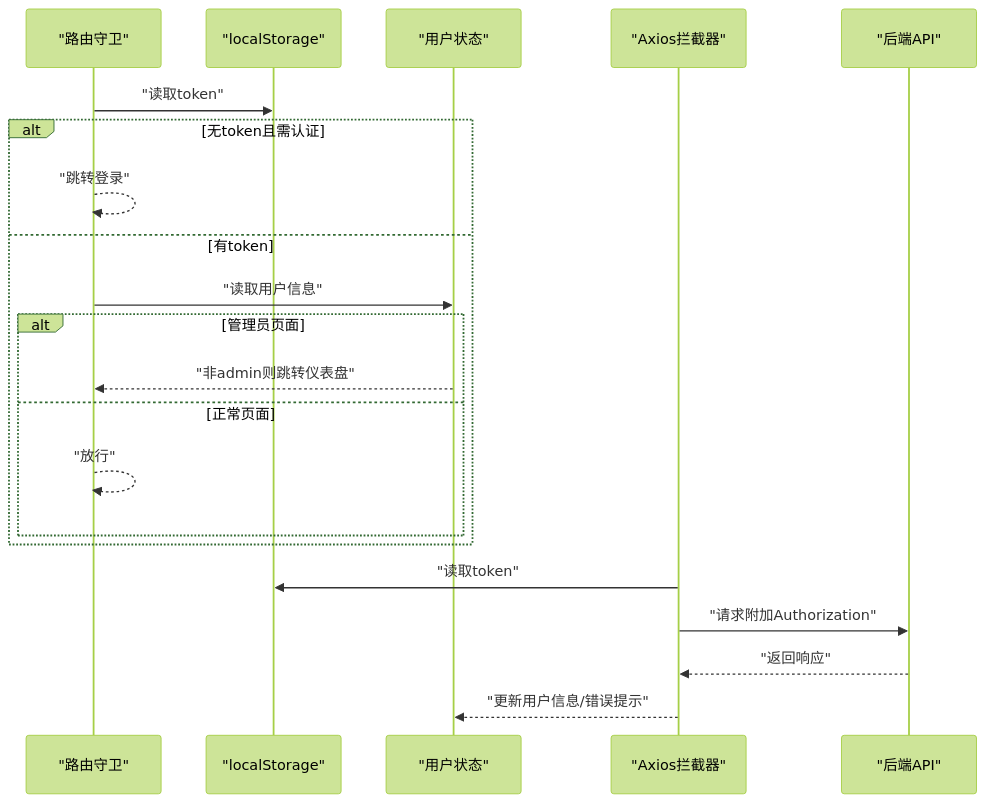
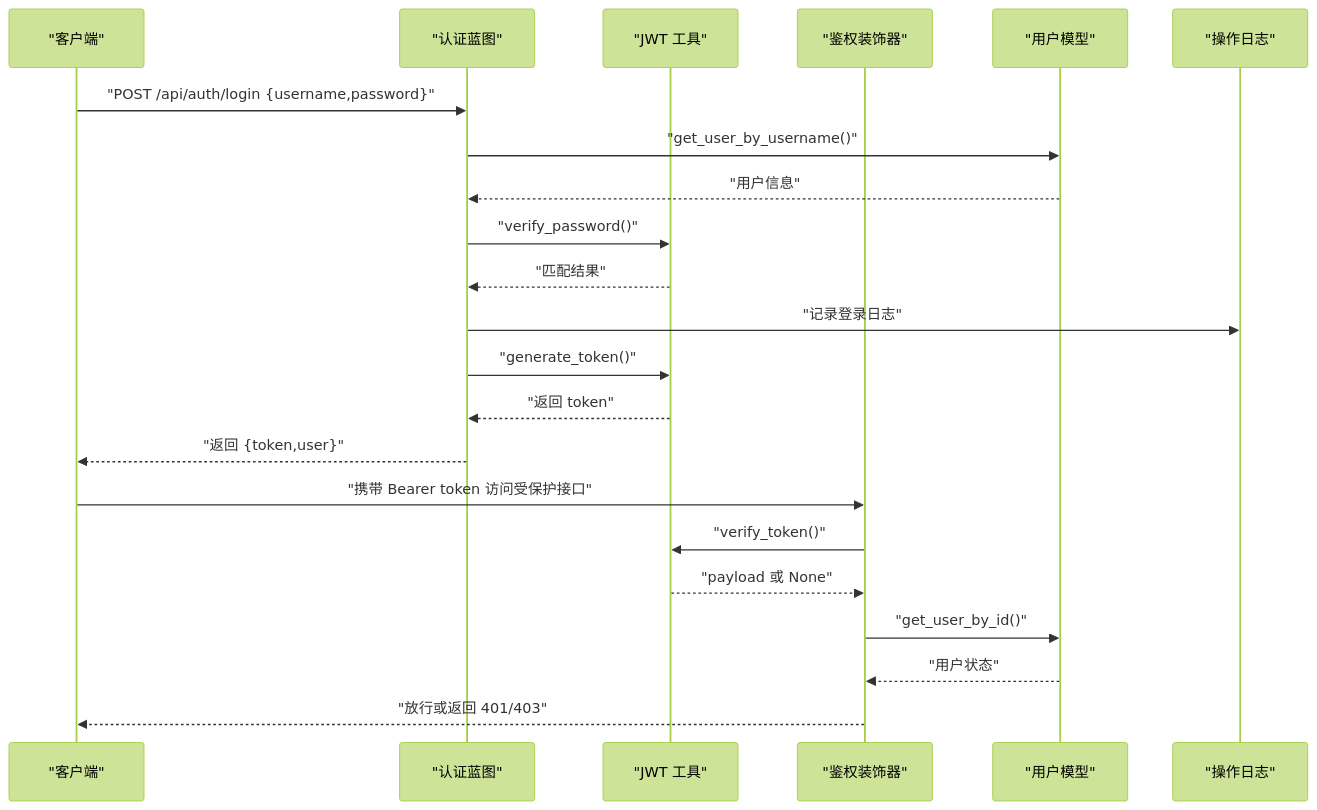
The fourth of 8 diagrams in .qoder/repowiki/zh/content/开发指南/开发指南.md (ismine3/OPS), drawn with Mermaid (forest theme) before and after one commit. The commit also changed other lines of this file and 157 other files, not shown here.

````diff
--- a/.qoder/repowiki/zh/content/开发指南/开发指南.md
+++ b/.qoder/repowiki/zh/content/开发指南/开发指南.md
@@ -273,23 +174,24 @@
 ```mermaid
 sequenceDiagram
-participant R as "路由守卫"
-participant LS as "localStorage"
-participant S as "用户状态"
-participant AX as "Axios拦截器"
-participant API as "后端API"
-R->>LS : "读取token"
-alt 无token且需认证
-R-->>R : "跳转登录"
-else 有token
-R->>S : "读取用户信息"
-alt 管理员页面
-S-->>R : "非admin则跳转仪表盘"
-else 正常页面
-R-->>R : "放行"
-end
-end
-AX->>LS : "读取token"
-AX->>API : "请求附加Authorization"
-API-->>AX : "返回响应"
-AX-->>S : "更新用户信息/错误提示"
+participant Client as "客户端"
+participant Auth as "认证蓝图"
+participant JWT as "JWT 工具"
+participant Decor as "鉴权装饰器"
+participant User as "用户模型"
+participant Log as "操作日志"
+Client->>Auth : "POST /api/auth/login {username,password}"
+Auth->>User : "get_user_by_username()"
+User-->>Auth : "用户信息"
+Auth->>JWT : "verify_password()"
+JWT-->>Auth : "匹配结果"
+Auth->>Log : "记录登录日志"
+Auth->>JWT : "generate_token()"
+JWT-->>Auth : "返回 token"
+Auth-->>Client : "返回 {token,user}"
+Client->>Decor : "携带 Bearer token 访问受保护接口"
+Decor->>JWT : "verify_token()"
+JWT-->>Decor : "payload 或 None"
+Decor->>User : "get_user_by_id()"
+User-->>Decor : "用户状态"
+Decor-->>Client : "放行或返回 401/403"
 ```
````
